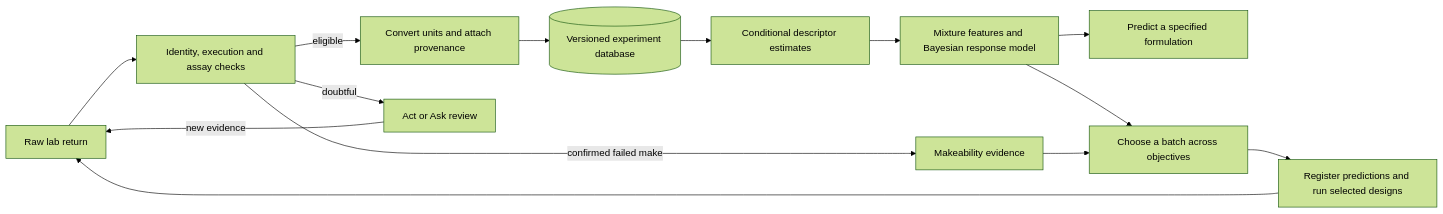
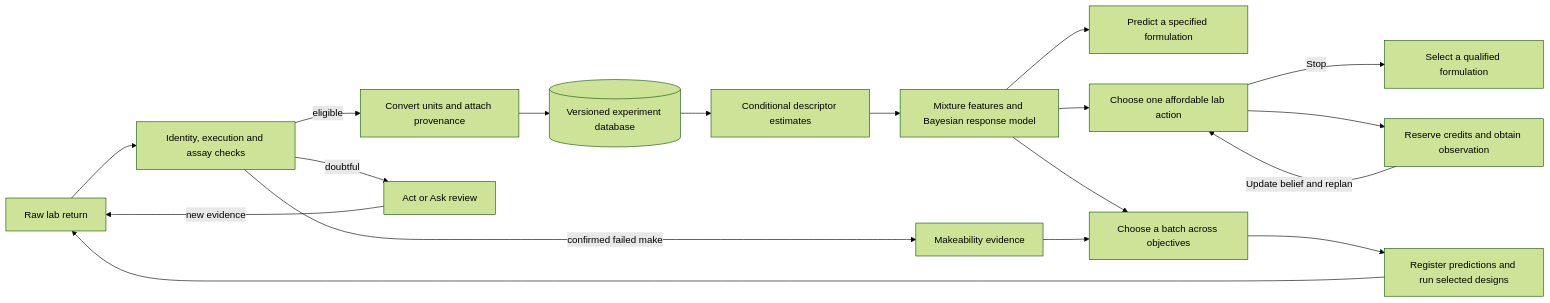
Before and after one commit to aleex2396-ai/materials-decision-workflows: the diagram in README.md, drawn with Mermaid (forest theme). The commit also changed other lines of this file and 21 other files, not shown here.

Commit message:
Plan measurements and formulation makes against one shared budget

````diff
--- a/README.md
+++ b/README.md
@@ -9,16 +11,20 @@
 ```mermaid
 flowchart LR
   R[Raw lab return] --> Q[Identity, execution and assay checks]
   Q -->|eligible| U[Convert units and attach provenance]
   Q -->|doubtful| A[Act or Ask review]
   A -->|new evidence| R
   Q -->|confirmed failed make| F[Makeability evidence]
   U --> D[(Versioned experiment database)]
   D --> I[Conditional descriptor estimates]
   I --> M[Mixture features and Bayesian response model]
   M --> P[Predict a specified formulation]
   M --> B[Choose a batch across objectives]
   F --> B
   B --> S[Register predictions and run selected designs]
   S --> R
+  M --> L[Choose one affordable lab action]
+  L --> O[Reserve credits and obtain observation]
+  O -->|Update belief and replan| L
+  L -->|Stop| T[Select a qualified formulation]
 ```
````
